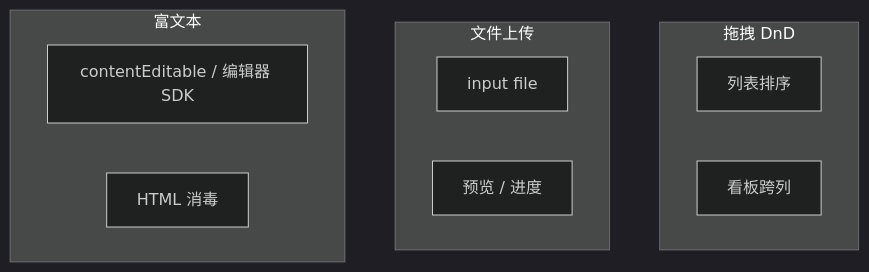
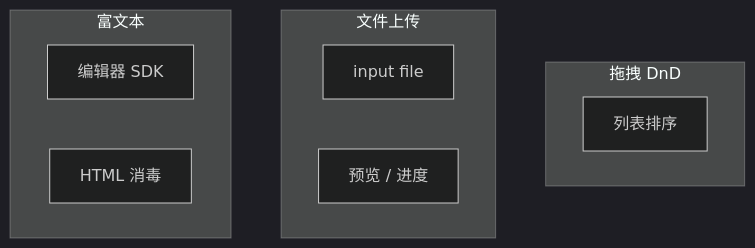
Before and after one commit to YancyZ/Knowledge-base: the first of 2 diagrams in 前端框架篇/React/04-事件与表单/04-复杂交互-拖拽-上传-富文本.md, drawn with Mermaid (dark theme). The commit also changed other lines of this file and 224 other files, not shown here.

````diff
--- a/前端框架篇/React/04-事件与表单/04-复杂交互-拖拽-上传-富文本.md
+++ b/前端框架篇/React/04-事件与表单/04-复杂交互-拖拽-上传-富文本.md
@@ -9,15 +9,14 @@
 ```mermaid
 flowchart TB
   subgraph drag [拖拽 DnD]
     D1[列表排序]
-    D2[看板跨列]
   end
   subgraph upload [文件上传]
     U1[input file]
     U2[预览 / 进度]
   end
   subgraph rich [富文本]
-    R1[contentEditable / 编辑器 SDK]
+    R1[编辑器 SDK]
     R2[HTML 消毒]
   end
 ```
````
